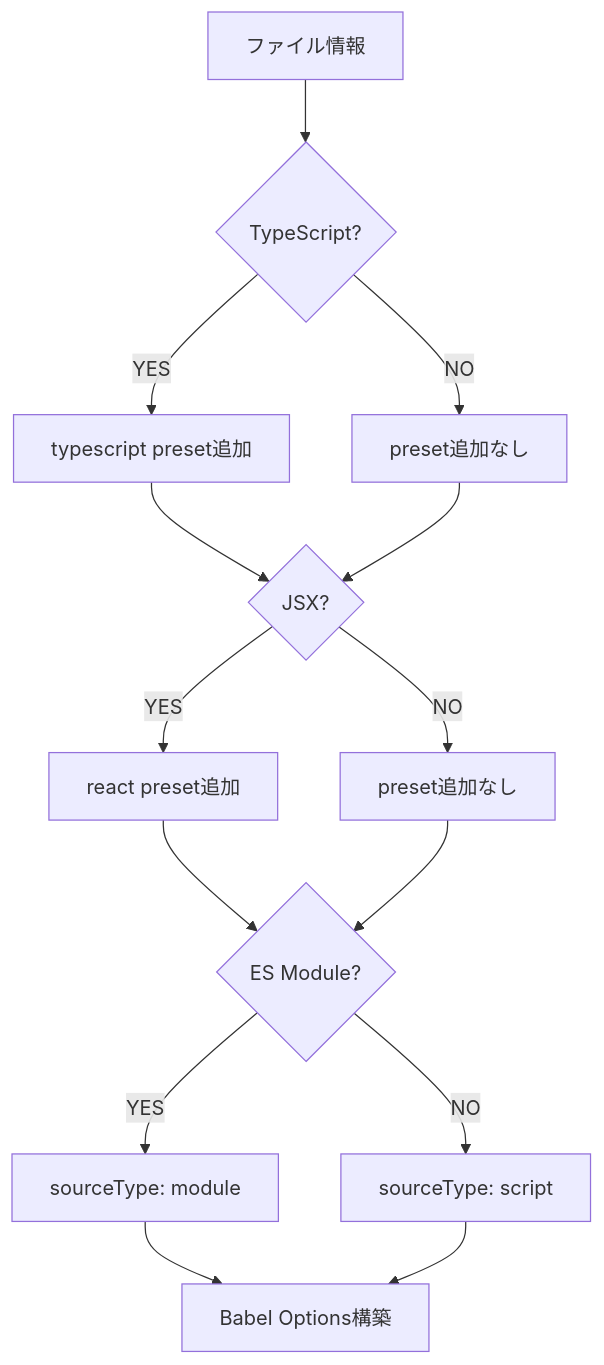
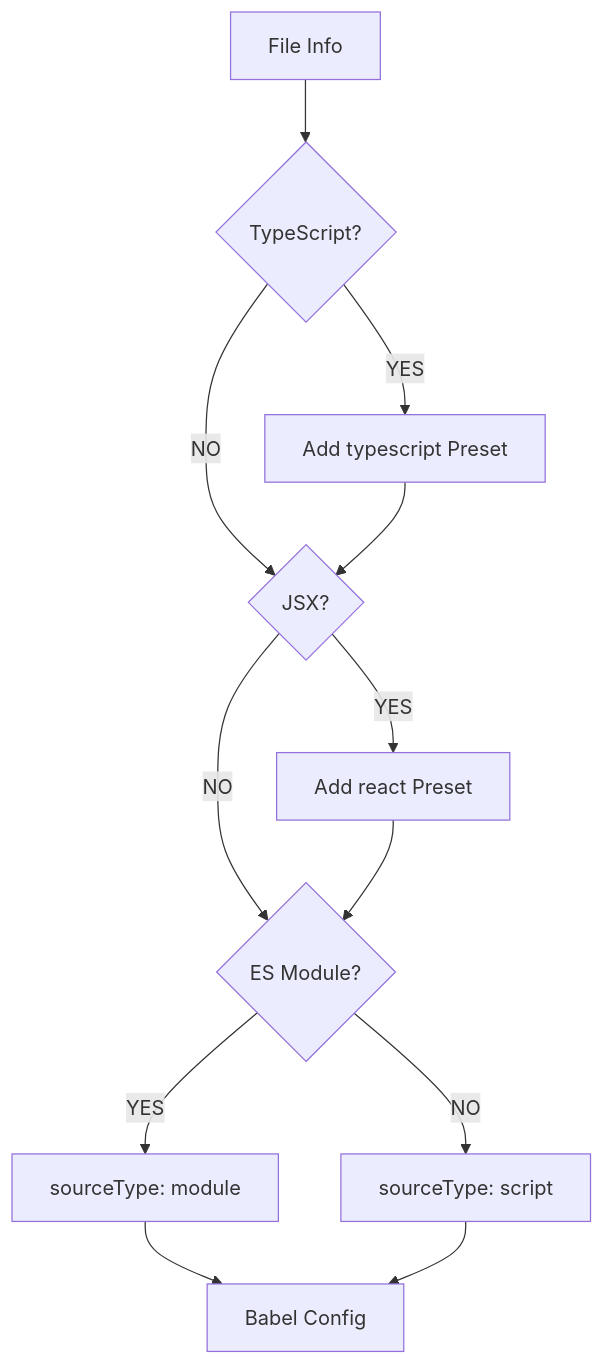
One commit to Stasshe/Pyxis-CodeCanvas changed the eighth of 12 diagrams in docs/NODE-RUNTIME.md. Above: the diagram before and after it, drawn with Mermaid. The commit also changed other lines of this file, not shown here.

````diff
--- a/docs/NODE-RUNTIME.md
+++ b/docs/NODE-RUNTIME.md
@@ -517,27 +543,29 @@
 ```mermaid
 graph TB
-    Input[ファイル情報]
-    TS{TypeScript?}
-    JSX{JSX?}
-    Module{ES Module?}
-    Config[Babel Options構築]
+    Input[File Info]
+    CheckTS{TypeScript?}
+    CheckJSX{JSX?}
+    CheckESM{ES Module?}
     
-    Input --> TS
-    TS -->|YES| TSPreset[typescript preset追加]
-    TS -->|NO| NoTS[preset追加なし]
+    TSPreset[Add typescript Preset]
+    ReactPreset[Add react Preset]
+    ModuleSource[sourceType: module]
+    ScriptSource[sourceType: script]
     
-    TSPreset --> JSX
-    NoTS --> JSX
+    Config[Babel Config]
     
-    JSX -->|YES| JSXPreset[react preset追加]
-    JSX -->|NO| NoJSX[preset追加なし]
+    Input --> CheckTS
+    CheckTS -->|YES| TSPreset
+    CheckTS -->|NO| CheckJSX
     
-    JSXPreset --> Module
-    NoJSX --> Module
+    TSPreset --> CheckJSX
+    CheckJSX -->|YES| ReactPreset
+    CheckJSX -->|NO| CheckESM
     
-    Module -->|YES| ESMSource[sourceType: module]
-    Module -->|NO| ScriptSource[sourceType: script]
+    ReactPreset --> CheckESM
+    CheckESM -->|YES| ModuleSource
+    CheckESM -->|NO| ScriptSource
     
-    ESMSource --> Config
+    ModuleSource --> Config
     ScriptSource --> Config
 ```
````
